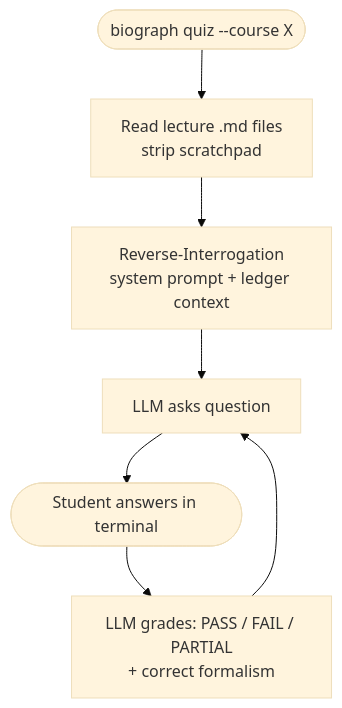
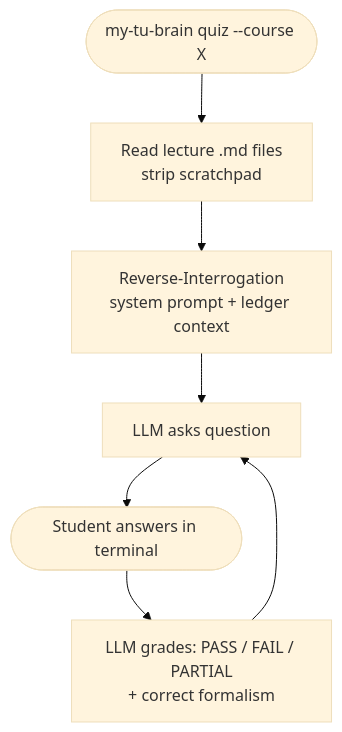
The third of 3 diagrams in README.md (thvinhtruong/biograph), drawn with Mermaid (base theme) before and after one commit. The commit also changed other lines of this file and 25 other files, not shown here.

````diff
--- a/README.md
+++ b/README.md
@@ -92,9 +92,9 @@
 ```mermaid
 flowchart TD
-    A([biograph quiz --course X]) --> B[Read lecture .md files\nstrip scratchpad]
+    A([my-tu-brain quiz --course X]) --> B[Read lecture .md files\nstrip scratchpad]
     B --> C[Reverse-Interrogation\nsystem prompt + ledger context]
     C --> D[LLM asks question]
     D --> E([Student answers in terminal])
     E --> F[LLM grades: PASS / FAIL / PARTIAL\n+ correct formalism]
     F --> D
 ```
````
